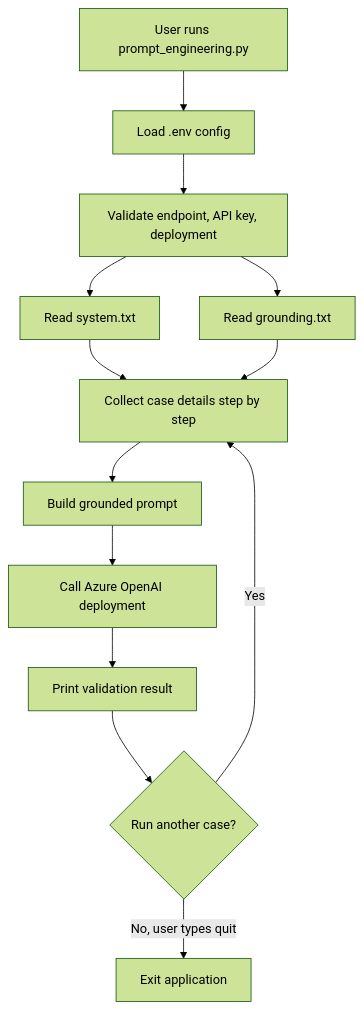
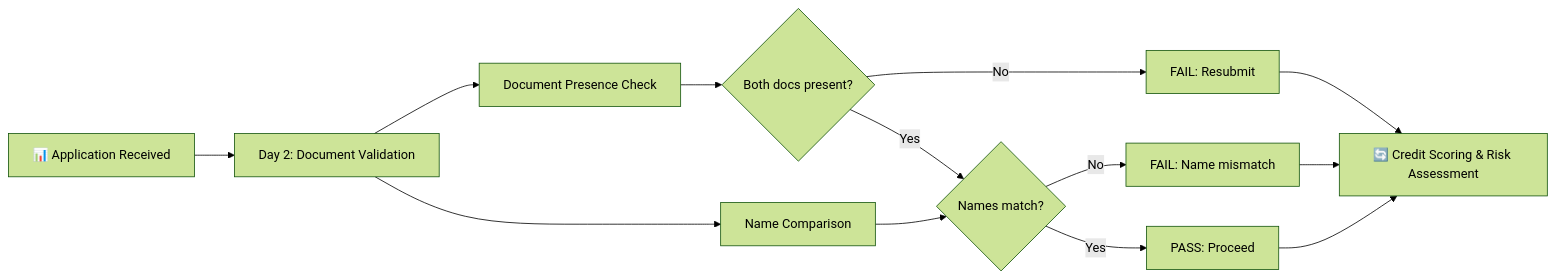
Before and after one commit to Kiran-255666/AgenticAIEngineer: the first of 2 diagrams in Instructions/Exercises/Day02/lab03-bring-your-own-data-to-open-ai/python/README.md, drawn with Mermaid (forest theme). The commit also changed other lines of this file and 1 other file, not shown here.

````diff
--- a/Instructions/Exercises/Day02/lab03-bring-your-own-data-to-open-ai/python/README.md
+++ b/Instructions/Exercises/Day02/lab03-bring-your-own-data-to-open-ai/python/README.md
@@ -18,15 +11,15 @@
 ```mermaid
-flowchart TD
-    A[User runs prompt_engineering.py] --> B[Load .env config]
-    B --> C[Validate endpoint, API key, deployment]
-    C --> D[Read system.txt]
-    C --> E[Read grounding.txt]
-    D --> F[Collect case details step by step]
-    E --> F
-    F --> G[Build grounded prompt]
-    G --> H[Call Azure OpenAI deployment]
-    H --> I[Print validation result]
-    I --> J{Run another case?}
-    J -->|Yes| F
-    J -->|No, user types quit| K[Exit application]
+graph LR
+    A["📊 Application Received"] --> B["Day 2: Document Validation"]
+    B --> C["Document Presence Check"]
+    B --> D["Name Comparison"]
+    C --> E{Both docs present?}
+    D --> F{Names match?}
+    E -->|No| G["FAIL: Resubmit"]
+    E -->|Yes| F
+    F -->|No| H["FAIL: Name mismatch"]
+    F -->|Yes| I["PASS: Proceed"]
+    G --> J["🔄 Credit Scoring & Risk Assessment"]
+    H --> J
+    I --> J
 ```
````
